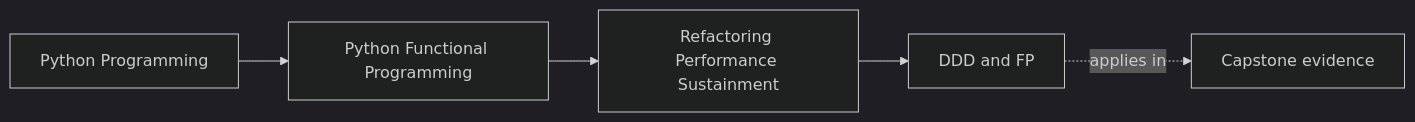
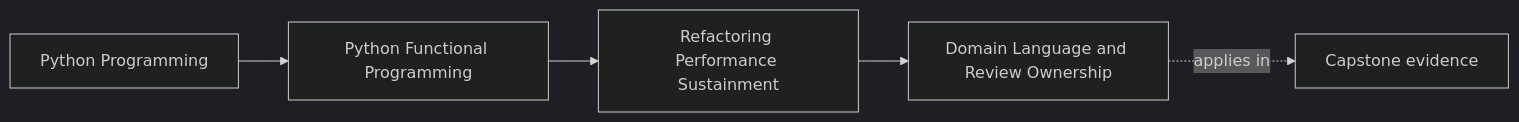
Before and after one commit to bijux/bijux-masterclass: the first of 3 diagrams in programs/python-programming/python-functional-programming/course-book/module-10-refactoring-performance-sustainment/ddd-and-fp.md, drawn with Mermaid (dark theme). The commit also changed other lines of this file, not shown here.

Commit message:
docs(funcpipe-rag): assign ownership by domain responsibility

````diff
--- a/programs/python-programming/python-functional-programming/course-book/module-10-refactoring-performance-sustainment/ddd-and-fp.md
+++ b/programs/python-programming/python-functional-programming/course-book/module-10-refactoring-performance-sustainment/ddd-and-fp.md
@@ -7,11 +6,11 @@
 ```mermaid
 graph LR
   family["Python Programming"]
   program["Python Functional Programming"]
   section["Refactoring Performance Sustainment"]
-  page["DDD and FP"]
+  page["Domain Language and Review Ownership"]
   capstone["Capstone evidence"]
 
   family --> program --> section --> page
   page -.applies in.-> capstone
 ```
````
